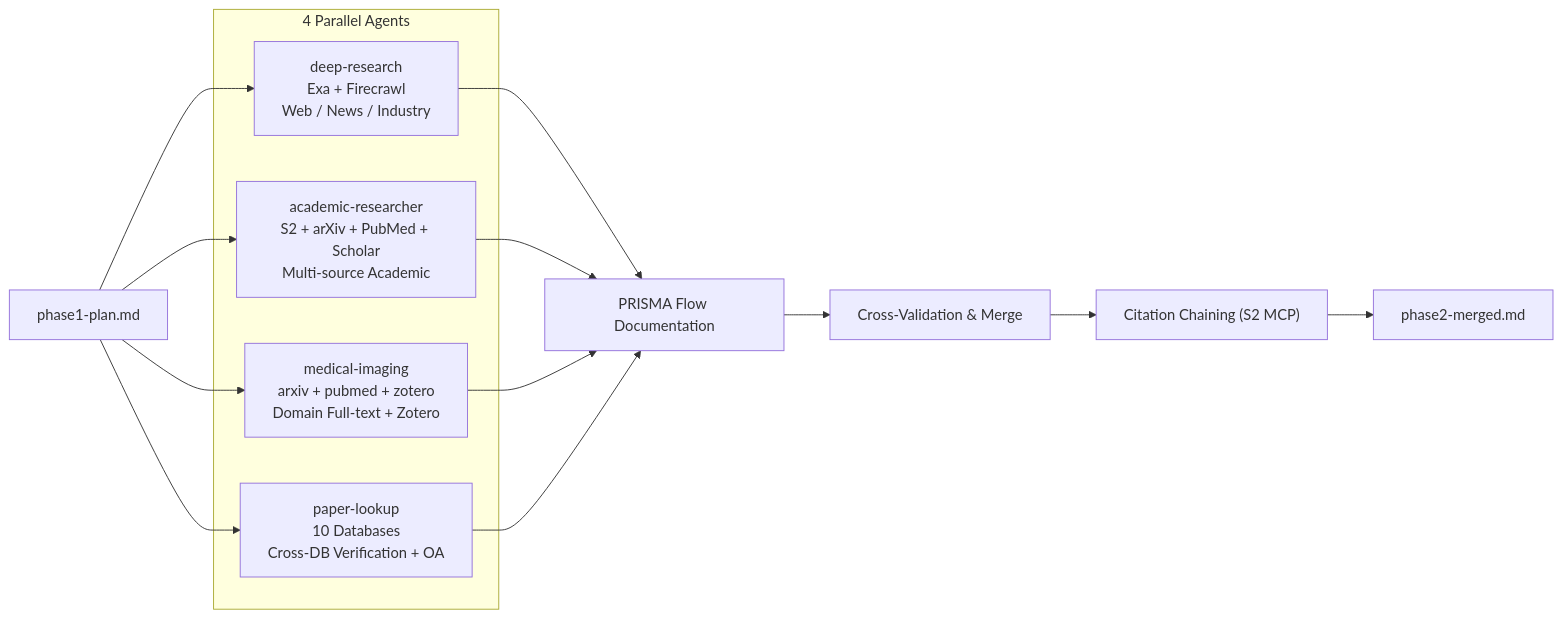
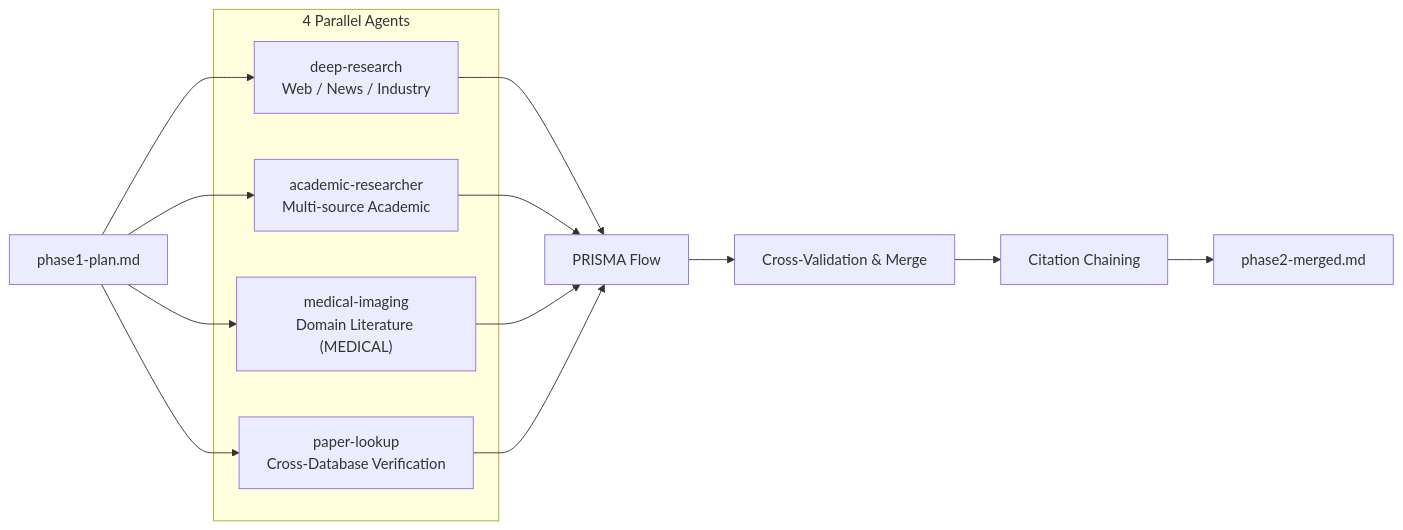
One commit to ShijianRuan/academic-orchestrator changed the second of 4 diagrams in ARCHITECTURE.md. Above: the diagram before and after it, drawn with Mermaid. The commit also changed other lines of this file, not shown here.

First line of the commit message:
docs: clean ARCHITECTURE.md — remove internal dev notes, add missing skills

````diff
--- a/ARCHITECTURE.md
+++ b/ARCHITECTURE.md
@@ -34,16 +34,16 @@
 ```mermaid
 flowchart LR
     Plan["phase1-plan.md"] --> A1 & A2 & A3 & A4
 
     subgraph Agents["4 Parallel Agents"]
-        A1["deep-research<br/>Exa + Firecrawl<br/>Web / News / Industry"]
-        A2["academic-researcher<br/>S2 + arXiv + PubMed + Scholar<br/>Multi-source Academic"]
-        A3["medical-imaging<br/>arxiv + pubmed + zotero<br/>Domain Full-text + Zotero"]
-        A4["paper-lookup<br/>10 Databases<br/>Cross-DB Verification + OA"]
+        A1["deep-research<br/>Web / News / Industry"]
+        A2["academic-researcher<br/>Multi-source Academic"]
+        A3["medical-imaging<br/>Domain Literature (MEDICAL)"]
+        A4["paper-lookup<br/>Cross-Database Verification"]
     end
 
-    A1 & A2 & A3 & A4 --> PRISMA["PRISMA Flow Documentation"]
+    A1 & A2 & A3 & A4 --> PRISMA["PRISMA Flow"]
     PRISMA --> Merge["Cross-Validation & Merge"]
-    Merge --> Chain["Citation Chaining (S2 MCP)"]
+    Merge --> Chain["Citation Chaining"]
     Chain --> phase2merged["phase2-merged.md"]
 ```
````
